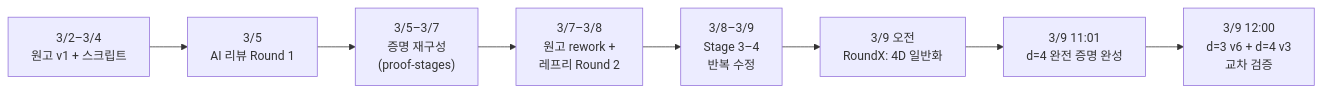
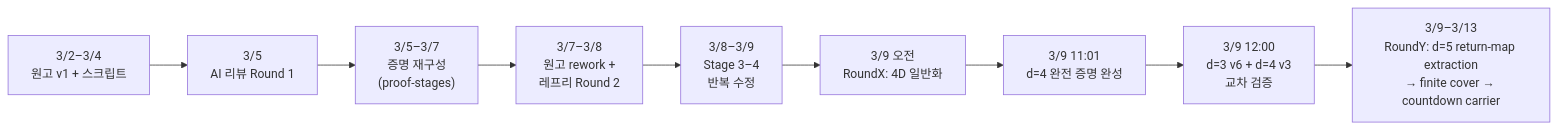
One commit to aria1th/Torus-Hamilton-Decomposition changed the diagram in RESEARCH_PROGRESSION.md. Above: the diagram before and after it, drawn with Mermaid. The commit also changed other lines of this file and 5 other files, not shown here.

Commit message:
docs: refresh repo status and D5 boundary-reset roadmap

````diff
--- a/RESEARCH_PROGRESSION.md
+++ b/RESEARCH_PROGRESSION.md
@@ -12,10 +12,11 @@
 ```mermaid
 flowchart LR
     A["3/2–3/4<br>원고 v1 + 스크립트"] --> B["3/5<br>AI 리뷰 Round 1"]
     B --> C["3/5–3/7<br>증명 재구성<br>(proof-stages)"]
     C --> D["3/7–3/8<br>원고 rework + <br>레프리 Round 2"]
     D --> E["3/8–3/9<br>Stage 3–4<br>반복 수정"]
     E --> F["3/9 오전<br>RoundX: 4D 일반화"]
     F --> G["3/9 11:01<br>d=4 완전 증명 완성"]
     G --> H["3/9 12:00<br>d=3 v6 + d=4 v3<br>교차 검증"]
+    H --> I["3/9–3/13<br>RoundY: d=5 return-map extraction<br>→ finite cover → countdown carrier"]
 ```
````
